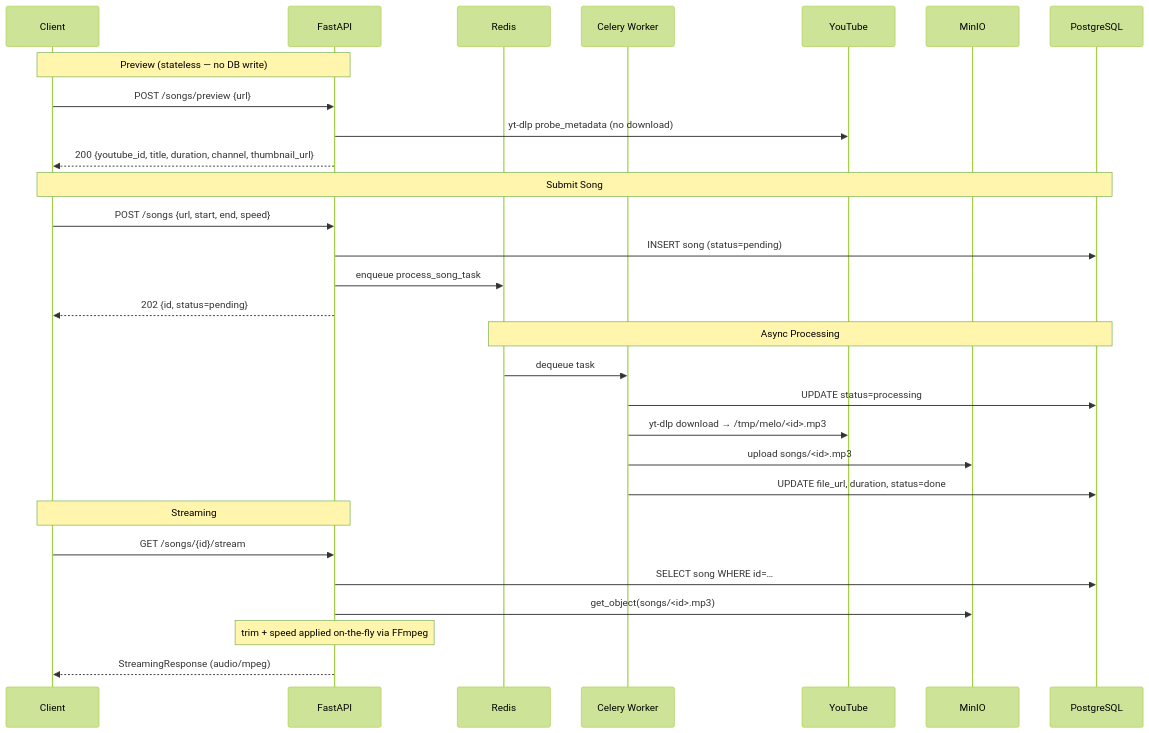
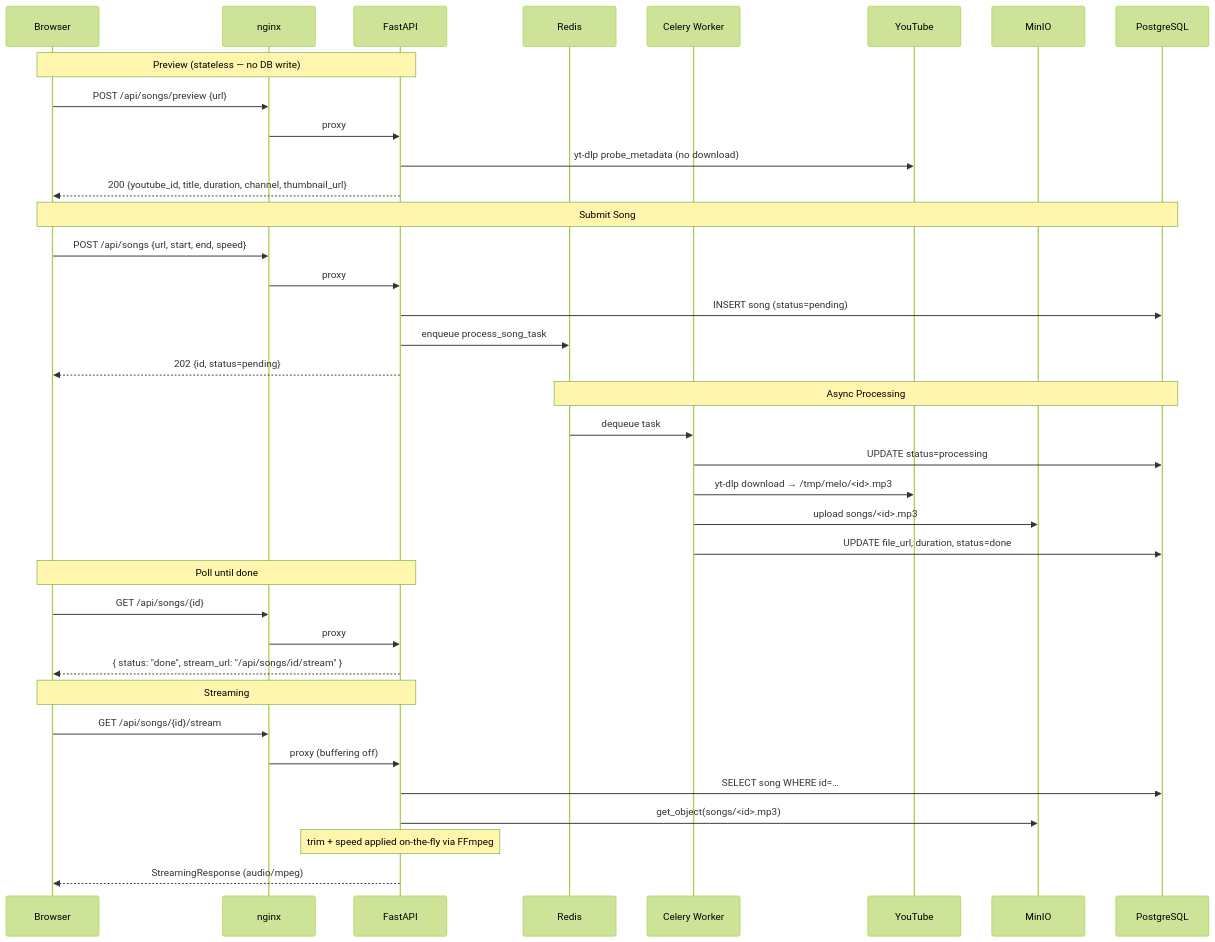
Before and after one commit to KarthikUdyawar/melo: the fourth of 8 diagrams in docs/ARCHITECTURE.md, drawn with Mermaid (forest theme). The commit also changed other lines of this file and 22 other files, not shown here.

````diff
--- a/docs/ARCHITECTURE.md
+++ b/docs/ARCHITECTURE.md
@@ -55,35 +97,44 @@
 ```mermaid
 sequenceDiagram
-    participant C as Client
+    participant B as Browser
+    participant N as nginx
     participant A as FastAPI
     participant R as Redis
     participant W as Celery Worker
     participant YT as YouTube
     participant M as MinIO
     participant DB as PostgreSQL
 
-    Note over C,A: Preview (stateless — no DB write)
-    C->>A: POST /songs/preview {url}
+    Note over B,A: Preview (stateless — no DB write)
+    B->>N: POST /api/songs/preview {url}
+    N->>A: proxy
     A->>YT: yt-dlp probe_metadata (no download)
-    A-->>C: 200 {youtube_id, title, duration, channel, thumbnail_url}
+    A-->>B: 200 {youtube_id, title, duration, channel, thumbnail_url}
 
-    Note over C,DB: Submit Song
-    C->>A: POST /songs {url, start, end, speed}
+    Note over B,DB: Submit Song
+    B->>N: POST /api/songs {url, start, end, speed}
+    N->>A: proxy
     A->>DB: INSERT song (status=pending)
     A->>R: enqueue process_song_task
-    A-->>C: 202 {id, status=pending}
+    A-->>B: 202 {id, status=pending}
 
     Note over R,DB: Async Processing
     R->>W: dequeue task
     W->>DB: UPDATE status=processing
     W->>YT: yt-dlp download → /tmp/melo/<id>.mp3
     W->>M: upload songs/<id>.mp3
     W->>DB: UPDATE file_url, duration, status=done
 
-    Note over C,A: Streaming
-    C->>A: GET /songs/{id}/stream
+    Note over B,A: Poll until done
+    B->>N: GET /api/songs/{id}
+    N->>A: proxy
+    A-->>B: { status: "done", stream_url: "/api/songs/id/stream" }
+
+    Note over B,A: Streaming
+    B->>N: GET /api/songs/{id}/stream
+    N->>A: proxy (buffering off)
     A->>DB: SELECT song WHERE id=…
     A->>M: get_object(songs/<id>.mp3)
     Note over A: trim + speed applied on-the-fly via FFmpeg
-    A-->>C: StreamingResponse (audio/mpeg)
+    A-->>B: StreamingResponse (audio/mpeg)
 ```
````
